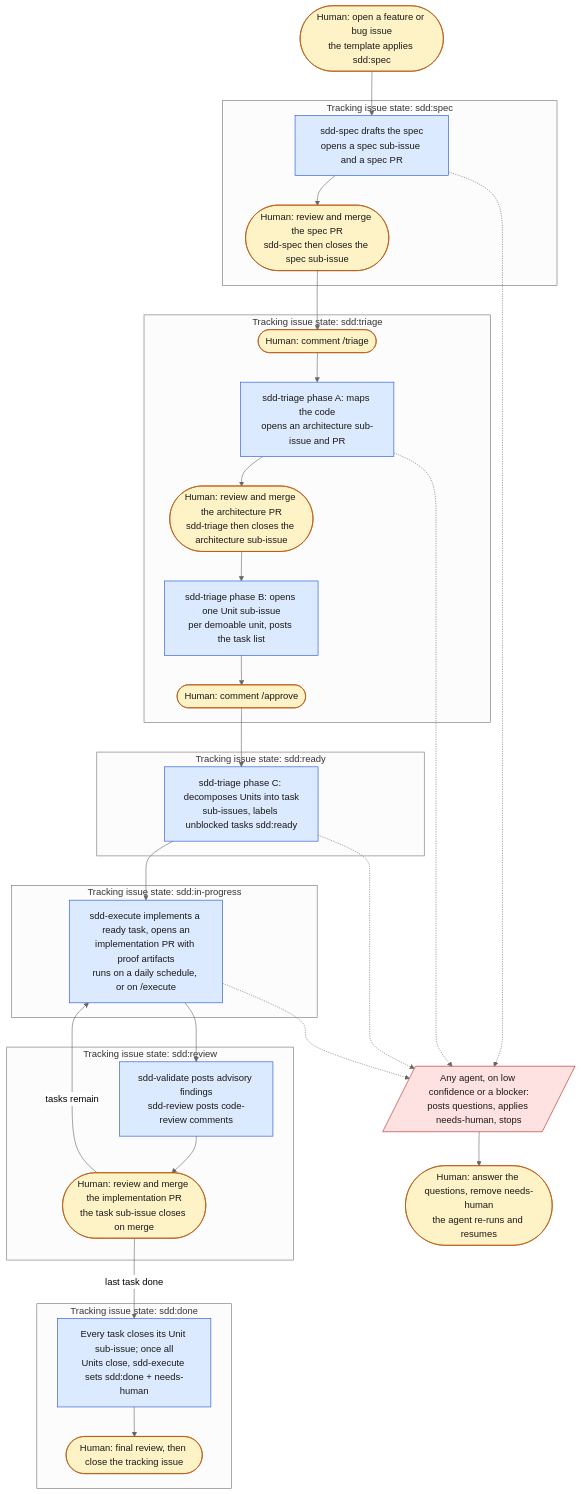
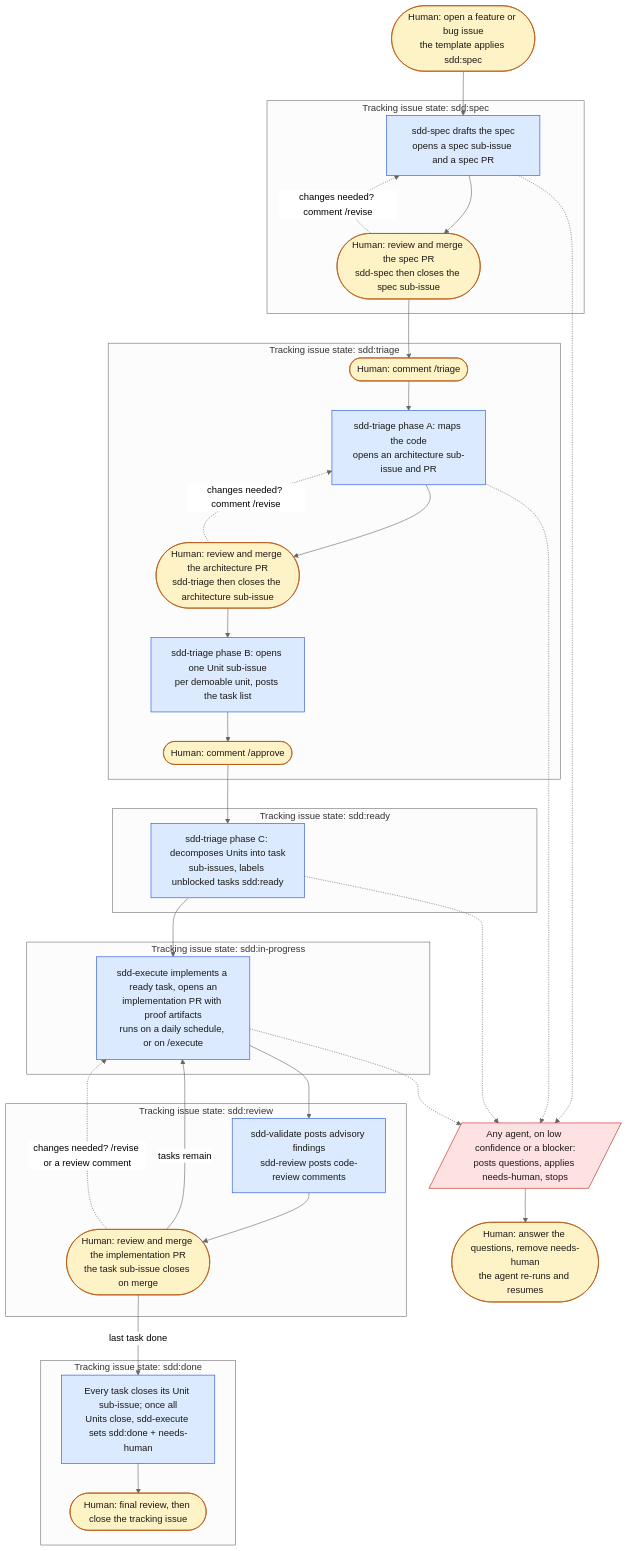
One commit to norrietaylor/spectacles changed the diagram in docs/sdd/index.md. Above: the diagram before and after it, drawn with Mermaid (neutral theme). The commit also changed other lines of this file, not shown here.

First line of the commit message:
Show the /revise feedback loops in the pipeline diagram

````diff
--- a/docs/sdd/index.md
+++ b/docs/sdd/index.md
@@ -35,52 +37,56 @@
 ```mermaid
 flowchart TD
     classDef human fill:#fef3c7,stroke:#b45309,color:#1c1917;
     classDef agent fill:#dbeafe,stroke:#1d4ed8,color:#1c1917;
     classDef handoff fill:#fee2e2,stroke:#b91c1c,color:#1c1917;
 
     open([Human: open a feature or bug issue<br/>the template applies sdd:spec]):::human
 
     subgraph s_spec [Tracking issue state: sdd:spec]
         a_spec[sdd-spec drafts the spec<br/>opens a spec sub-issue and a spec PR]:::agent
         h_spec([Human: review and merge the spec PR<br/>sdd-spec then closes the spec sub-issue]):::human
     end
 
     subgraph s_triage [Tracking issue state: sdd:triage]
         h_triage([Human: comment /triage]):::human
         a_arch[sdd-triage phase A: maps the code<br/>opens an architecture sub-issue and PR]:::agent
         h_arch([Human: review and merge the architecture PR<br/>sdd-triage then closes the architecture sub-issue]):::human
         a_units[sdd-triage phase B: opens one Unit sub-issue<br/>per demoable unit, posts the task list]:::agent
         h_approve([Human: comment /approve]):::human
     end
 
     subgraph s_ready [Tracking issue state: sdd:ready]
         a_tasks[sdd-triage phase C: decomposes Units into task<br/>sub-issues, labels unblocked tasks sdd:ready]:::agent
     end
 
     subgraph s_progress [Tracking issue state: sdd:in-progress]
         a_exec[sdd-execute implements a ready task, opens an<br/>implementation PR with proof artifacts<br/>runs on a daily schedule, or on /execute]:::agent
     end
 
     subgraph s_review [Tracking issue state: sdd:review]
         a_check[sdd-validate posts advisory findings<br/>sdd-review posts code-review comments]:::agent
         h_merge([Human: review and merge the implementation PR<br/>the task sub-issue closes on merge]):::human
     end
 
     subgraph s_done [Tracking issue state: sdd:done]
         a_done[Every task closes its Unit sub-issue; once all<br/>Units close, sdd-execute sets sdd:done + needs-human]:::agent
         h_close([Human: final review, then close the tracking issue]):::human
     end
 
     open --> a_spec --> h_spec --> h_triage --> a_arch --> h_arch
     h_arch --> a_units --> h_approve --> a_tasks --> a_exec --> a_check --> h_merge
     h_merge -->|tasks remain| a_exec
     h_merge -->|last task done| a_done --> h_close
 
     hand[/"Any agent, on low confidence or a blocker:<br/>posts questions, applies needs-human, stops"/]:::handoff
     ans([Human: answer the questions, remove needs-human<br/>the agent re-runs and resumes]):::human
     a_spec -.-> hand
     a_arch -.-> hand
     a_tasks -.-> hand
     a_exec -.-> hand
     hand --> ans
+
+    h_spec -.->|changes needed? comment /revise| a_spec
+    h_arch -.->|changes needed? comment /revise| a_arch
+    h_merge -.->|changes needed? /revise or a review comment| a_exec
 ```
````
